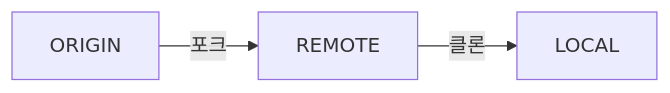
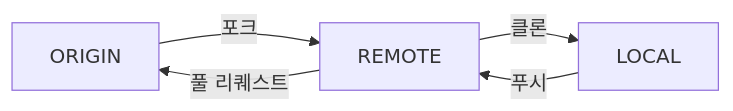
The diagram in Daily/2025-03-11.md (choiexe1/local), drawn with Mermaid before and after one commit. The commit also changed other lines of this file and 1 other file, not shown here.

````diff
--- a/Daily/2025-03-11.md
+++ b/Daily/2025-03-11.md
@@ -40,9 +42,12 @@
 ```mermaid
 graph LR
 ORIGIN
 REMOTE
 LOCAL
 
 ORIGIN -->|포크| REMOTE
 REMOTE -->|클론| LOCAL
+
+LOCAL -->|푸시| REMOTE
+REMOTE -->|"풀 리퀘스트"| ORIGIN
 ```
````
